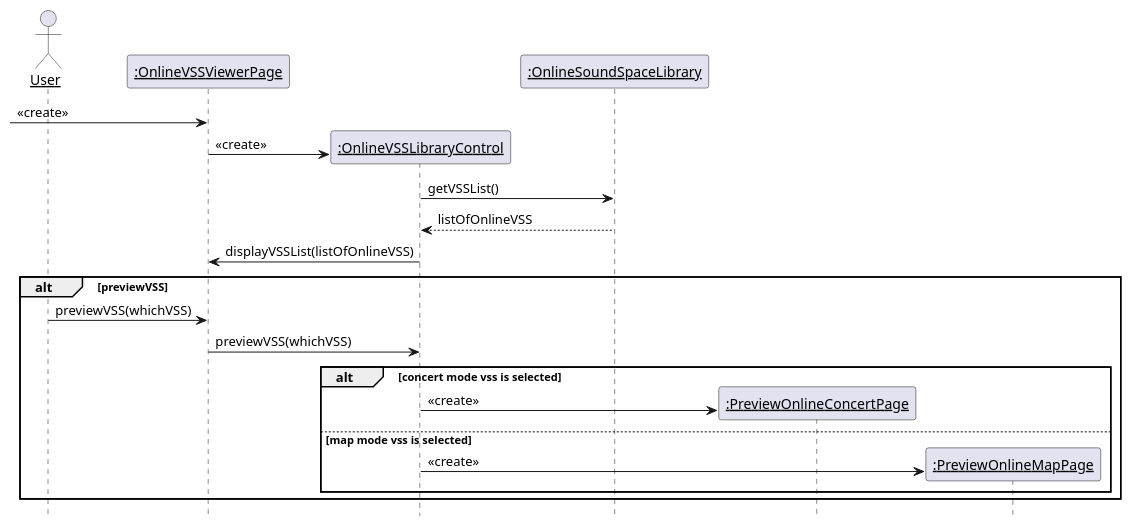
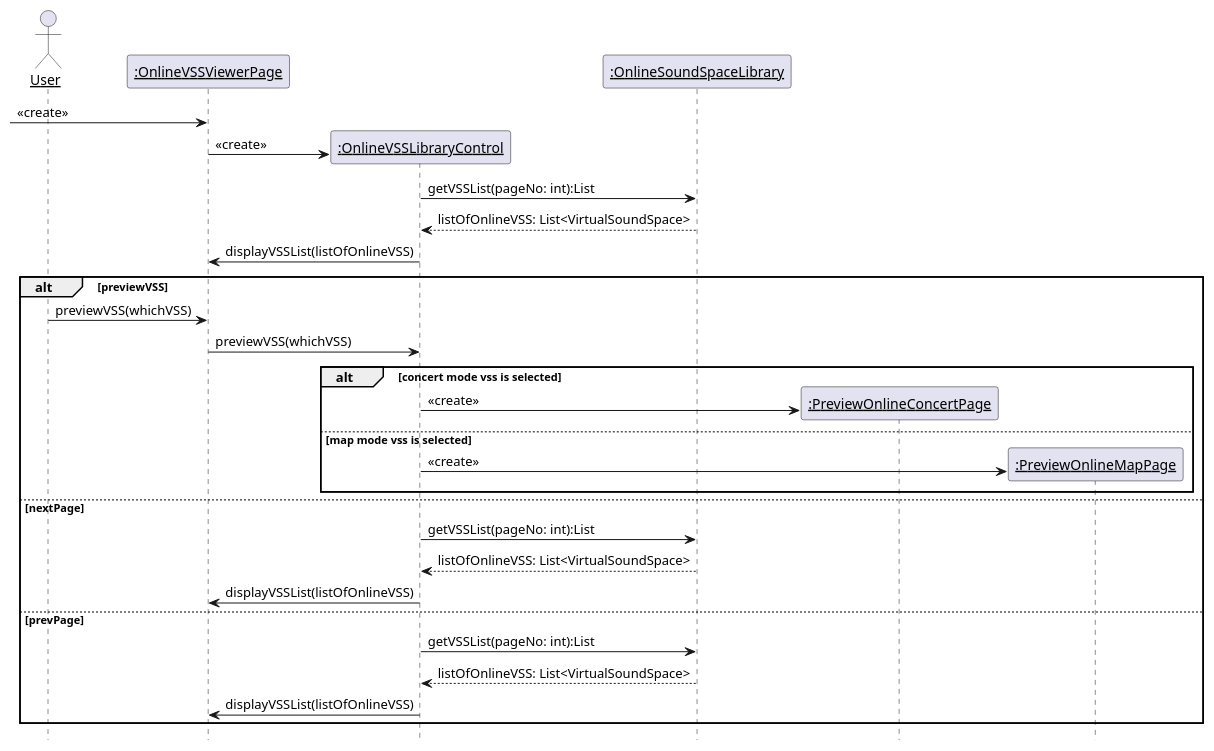
One commit to kpp19920121/doc changed diagram 19 of 21 in 需求定义和分析/SeqDiagram.md. Above: the diagram before and after it, drawn with PlantUML. The commit also changed other lines of this file and 22 other files, not shown here.

````diff
--- a/需求定义和分析/SeqDiagram.md
+++ b/需求定义和分析/SeqDiagram.md
@@ -785,36 +857,44 @@
 ```PlantUML
 @startuml BrowseOnlineVSSLibrary
 hide footbox
 skinparam sequenceParticipant underline
 
 actor User as user
 participant ":OnlineVSSViewerPage" as page
 participant ":OnlineVSSLibraryControl" as control
 participant ":OnlineSoundSpaceLibrary" as library
 
 
 
 create page
 [-> page: <<create>>
 create control
 page -> control: <<create>>
-control -> library: getVSSList()
-library --> control: listOfOnlineVSS
+control -> library: getVSSList(pageNo: int):List
+library --> control: listOfOnlineVSS: List<VirtualSoundSpace>
 control -> page: displayVSSList(listOfOnlineVSS)
 alt previewVSS
     user -> page: previewVSS(whichVSS)
     page -> control: previewVSS(whichVSS)
     alt concert mode vss is selected
         participant ":PreviewOnlineConcertPage" as pocp
         create pocp
         control -> pocp: <<create>>
     else map mode vss is selected
         participant ":PreviewOnlineMapPage" as pomp
         create pomp
         control -> pomp: <<create>>
 
     end
+else nextPage
+    control -> library: getVSSList(pageNo: int):List
+    library --> control: listOfOnlineVSS: List<VirtualSoundSpace>
+    control -> page: displayVSSList(listOfOnlineVSS)
+else prevPage
+    control -> library: getVSSList(pageNo: int):List
+    library --> control: listOfOnlineVSS: List<VirtualSoundSpace>
+    control -> page: displayVSSList(listOfOnlineVSS)
 end
 
 @enduml
 ```
````
